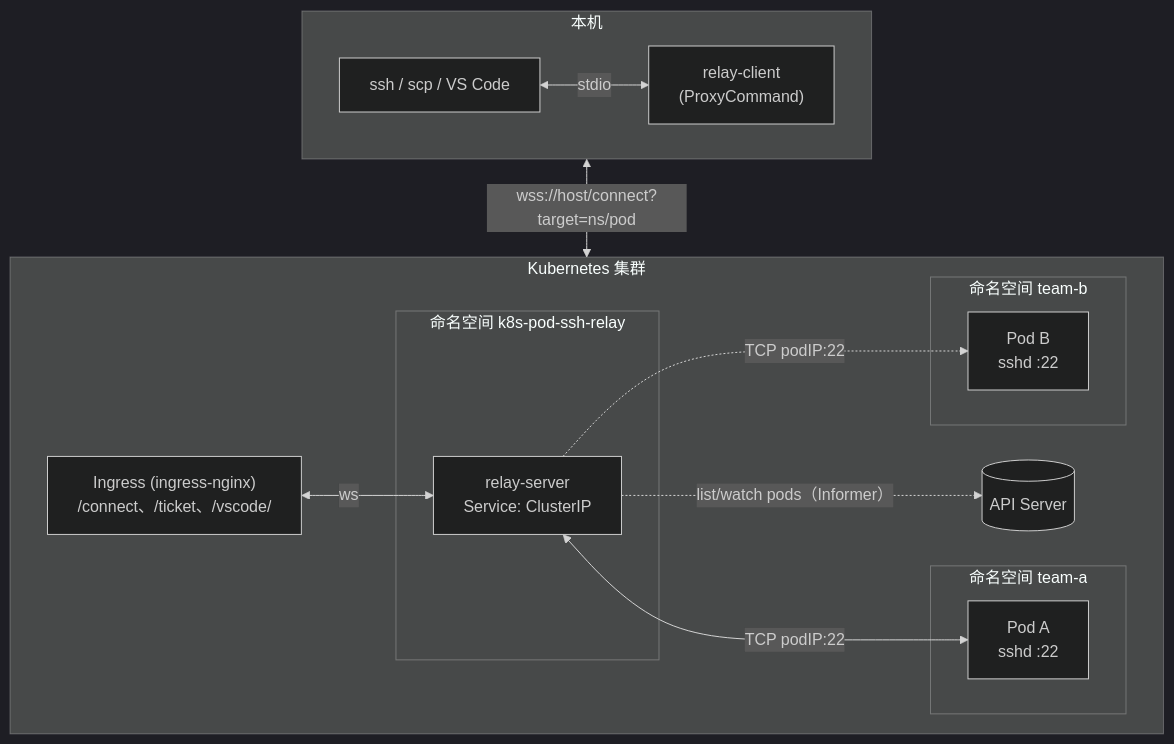
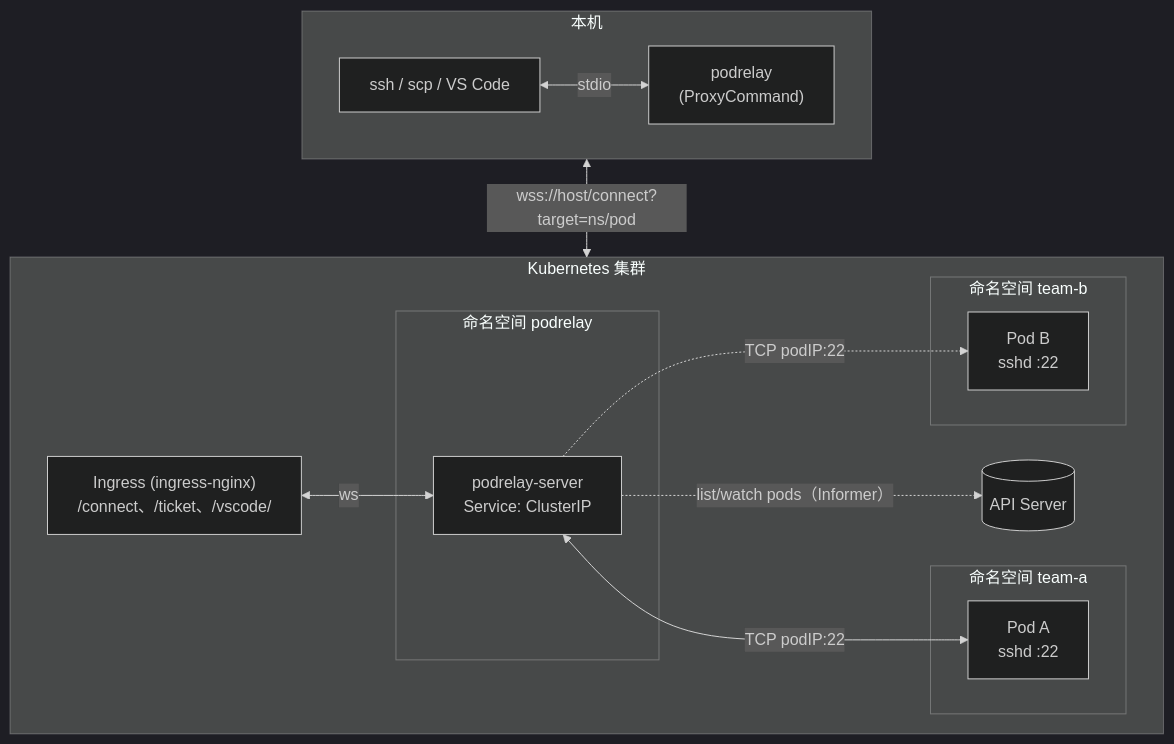
One commit to fqix/k8s-pod-ssh-relay changed the second of 3 diagrams in README.zh-CN.md. Above: the diagram before and after it, drawn with Mermaid (dark theme). The commit also changed other lines of this file and 41 other files, not shown here.

First line of the commit message:
feat!: rename the project to PodRelay

````diff
--- a/README.zh-CN.md
+++ b/README.zh-CN.md
@@ -33,28 +33,28 @@
 ```mermaid
 flowchart TB
   subgraph local["本机"]
     direction LR
-    ssh["ssh / scp / VS Code"] <-->|stdio| client["relay-client<br/>(ProxyCommand)"]
+    ssh["ssh / scp / VS Code"] <-->|stdio| client["podrelay<br/>(ProxyCommand)"]
   end
 
   subgraph cluster["Kubernetes 集群"]
     direction LR
     ingress["Ingress (ingress-nginx)<br/>/connect、/ticket、/vscode/"]
     api[("API Server")]
-    subgraph ns["命名空间 k8s-pod-ssh-relay"]
-      relay["relay-server<br/>Service: ClusterIP"]
+    subgraph ns["命名空间 podrelay"]
+      relay["podrelay-server<br/>Service: ClusterIP"]
     end
     subgraph nsA["命名空间 team-a"]
       podA["Pod A<br/>sshd :22"]
     end
     subgraph nsB["命名空间 team-b"]
       podB["Pod B<br/>sshd :22"]
     end
     ingress <-->|ws| relay
     relay <-->|"TCP podIP:22"| podA
     relay -. "TCP podIP:22" .-> podB
     relay -. "list/watch pods（Informer）" .-> api
   end
 
   local <-->|"wss://host/connect?target=ns/pod"| cluster
 ```
````
